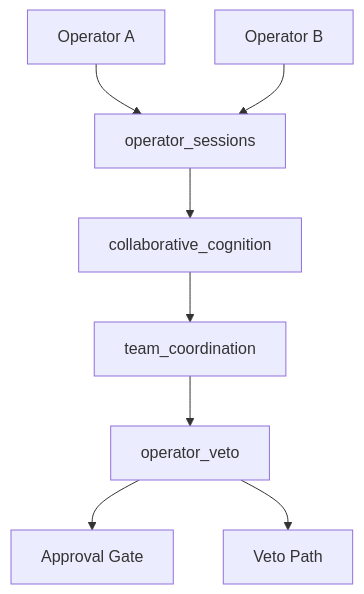
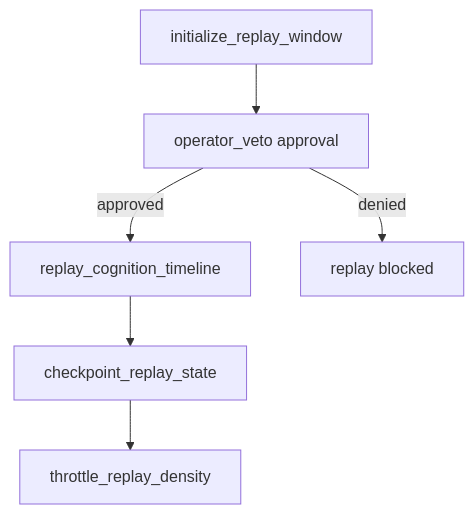
The fourth of 6 diagrams in README.md (FrostXMello/odin-runtime), drawn with Mermaid before and after one commit. The commit also changed other lines of this file and 6 other files, not shown here.

````diff
--- a/README.md
+++ b/README.md
@@ -115,10 +118,8 @@
 ```mermaid
 flowchart TB
-    OP1[Operator A] --> OS[operator_sessions]
-    OP2[Operator B] --> OS
-    OS --> CC[collaborative_cognition]
-    CC --> TC[team_coordination]
-    TC --> OV[operator_veto]
-    OV --> APPROVE[Approval Gate]
-    OV --> VETO[Veto Path]
+    WINDOW[initialize_replay_window] --> VETO[operator_veto approval]
+    VETO -->|approved| REPLAY[replay_cognition_timeline]
+    VETO -->|denied| BLOCK[replay blocked]
+    REPLAY --> CHECK[checkpoint_replay_state]
+    CHECK --> THROTTLE[throttle_replay_density]
 ```
````
